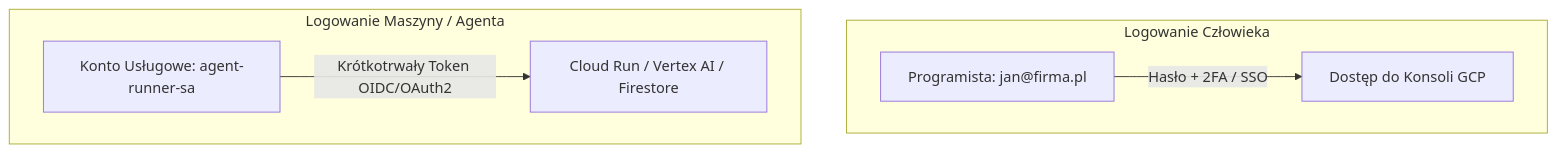
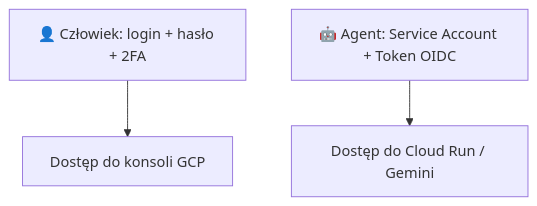
The first of 2 diagrams in docs/public/gcp-course/07-service-accounts.md (majsterkovic/a2ui), drawn with Mermaid before and after one commit. The commit also changed other lines of this file and 9 other files, not shown here.

Commit message:
docs: uproszczenie i poprawa czytelnosci diagramow w calym kursie

````diff
--- a/docs/public/gcp-course/07-service-accounts.md
+++ b/docs/public/gcp-course/07-service-accounts.md
@@ -18,10 +18,5 @@
 ```mermaid
 flowchart TD
-    subgraph HumanAuth [Logowanie Człowieka]
-        User[Programista: jan@firma.pl] -->|Hasło + 2FA / SSO| GCP1[Dostęp do Konsoli GCP]
-    end
-
-    subgraph ServiceAuth [Logowanie Maszyny / Agenta]
-        SA[Konto Usługowe: agent-runner-sa] -->|Krótkotrwały Token OIDC/OAuth2| GCP2[Cloud Run / Vertex AI / Firestore]
-    end
+    User["👤 Człowiek: login + hasło + 2FA"] --> GCP1["Dostęp do konsoli GCP"]
+    SA["🤖 Agent: Service Account + Token OIDC"] --> GCP2["Dostęp do Cloud Run / Gemini"]
 ```
````
